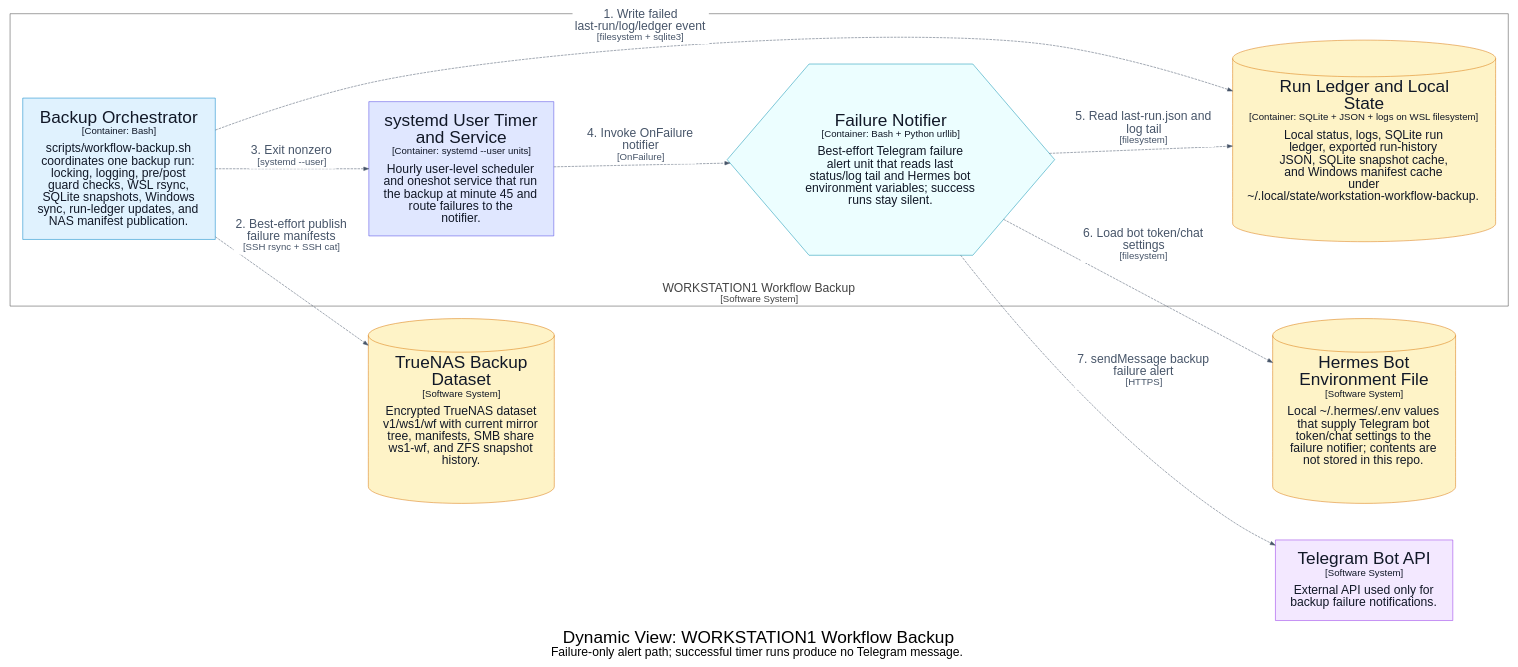
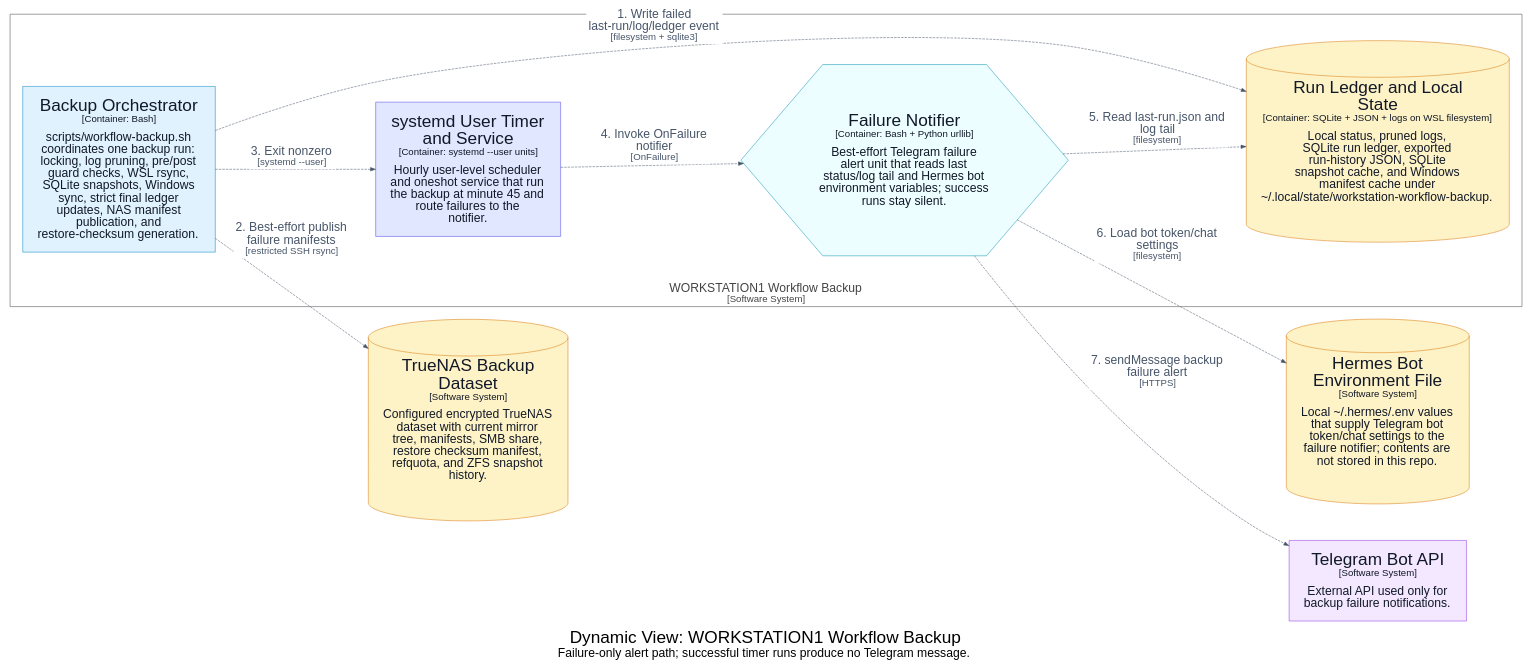
Before and after one commit to michaelnicks0/workstation-workflow-backup: the diagram in docs/architecture/diagrams/dot/structurizr-FailureAlertFlow.dot, drawn with Graphviz. The commit also changed 96 other files, not shown here.

Commit message:
backup: harden NAS runtime access

```diff
--- a/docs/architecture/diagrams/dot/structurizr-FailureAlertFlow.dot
+++ b/docs/architecture/diagrams/dot/structurizr-FailureAlertFlow.dot
@@ -1,34 +1,34 @@
 digraph {
   compound=true
   graph [fontname="Arial", rankdir=LR, ranksep=1.0, nodesep=1.0]
   node [fontname="Arial", shape=box, margin="0.4,0.3"]
   edge [fontname="Arial"]
   label=<<br /><font point-size="34">Dynamic View: WORKSTATION1 Workflow Backup</font><br /><font point-size="24">Failure-only alert path; successful timer runs produce no Telegram message.</font>>
 
   subgraph cluster_2 {
     margin=25
     label=<<font point-size="24"><br />WORKSTATION1 Workflow Backup</font><br /><font point-size="19">[Software System]</font>>
     labelloc=b
     color="#444444"
     fontcolor="#444444"
     fillcolor="#444444"
 
-    20 [id=20,shape=hexagon, label=<<font point-size="34">Failure Notifier</font><br /><font point-size="19">[Container: Bash + Python urllib]</font><br /><br /><font point-size="24">Best-effort Telegram failure<br />alert unit that reads last<br />status/log tail and Hermes bot<br />environment variables; success<br />runs stay silent.</font>>, style=filled, color="#0891b2", fillcolor="#ecfeff", fontcolor="#111827"]
-    21 [id=21,shape=cylinder, label=<<font point-size="34">Run Ledger and Local<br />State</font><br /><font point-size="19">[Container: SQLite + JSON + logs on WSL filesystem]</font><br /><br /><font point-size="24">Local status, logs, SQLite run<br />ledger, exported run-history<br />JSON, SQLite snapshot cache,<br />and Windows manifest cache<br />under<br />~/.local/state/workstation-workflow-backup.</font>>, style=filled, color="#d97706", fillcolor="#fef3c7", fontcolor="#111827"]
+    24 [id=24,shape=hexagon, label=<<font point-size="34">Failure Notifier</font><br /><font point-size="19">[Container: Bash + Python urllib]</font><br /><br /><font point-size="24">Best-effort Telegram failure<br />alert unit that reads last<br />status/log tail and Hermes bot<br />environment variables; success<br />runs stay silent.</font>>, style=filled, color="#0891b2", fillcolor="#ecfeff", fontcolor="#111827"]
+    25 [id=25,shape=cylinder, label=<<font point-size="34">Run Ledger and Local<br />State</font><br /><font point-size="19">[Container: SQLite + JSON + logs on WSL filesystem]</font><br /><br /><font point-size="24">Local status, pruned logs,<br />SQLite run ledger, exported<br />run-history JSON, SQLite<br />snapshot cache, and Windows<br />manifest cache under<br />~/.local/state/workstation-workflow-backup.</font>>, style=filled, color="#d97706", fillcolor="#fef3c7", fontcolor="#111827"]
     3 [id=3,shape=rect, label=<<font point-size="34">systemd User Timer<br />and Service</font><br /><font point-size="19">[Container: systemd --user units]</font><br /><br /><font point-size="24">Hourly user-level scheduler<br />and oneshot service that run<br />the backup at minute 45 and<br />route failures to the<br />notifier.</font>>, style=filled, color="#4f46e5", fillcolor="#e0e7ff", fontcolor="#111827"]
-    4 [id=4,shape=rect, label=<<font point-size="34">Backup Orchestrator</font><br /><font point-size="19">[Container: Bash]</font><br /><br /><font point-size="24">scripts/workflow-backup.sh<br />coordinates one backup run:<br />locking, logging, pre/post<br />guard checks, WSL rsync,<br />SQLite snapshots, Windows<br />sync, run-ledger updates, and<br />NAS manifest publication.</font>>, style=filled, color="#0284c7", fillcolor="#e0f2fe", fontcolor="#111827"]
+    4 [id=4,shape=rect, label=<<font point-size="34">Backup Orchestrator</font><br /><font point-size="19">[Container: Bash]</font><br /><br /><font point-size="24">scripts/workflow-backup.sh<br />coordinates one backup run:<br />locking, log pruning, pre/post<br />guard checks, WSL rsync,<br />SQLite snapshots, Windows<br />sync, strict final ledger<br />updates, NAS manifest<br />publication, and<br />restore-checksum generation.</font>>, style=filled, color="#0284c7", fillcolor="#e0f2fe", fontcolor="#111827"]
   }
 
-  24 [id=24,shape=cylinder, label=<<font point-size="34">TrueNAS Backup<br />Dataset</font><br /><font point-size="19">[Software System]</font><br /><br /><font point-size="24">Encrypted TrueNAS dataset<br />v1/ws1/wf with current mirror<br />tree, manifests, SMB share<br />ws1-wf, and ZFS snapshot<br />history.</font>>, style=filled, color="#d97706", fillcolor="#fef3c7", fontcolor="#111827"]
-  26 [id=26,shape=cylinder, label=<<font point-size="34">Hermes Bot<br />Environment File</font><br /><font point-size="19">[Software System]</font><br /><br /><font point-size="24">Local ~/.hermes/.env values<br />that supply Telegram bot<br />token/chat settings to the<br />failure notifier; contents are<br />not stored in this repo.</font>>, style=filled, color="#d97706", fillcolor="#fef3c7", fontcolor="#111827"]
-  27 [id=27,shape=rect, label=<<font point-size="34">Telegram Bot API</font><br /><font point-size="19">[Software System]</font><br /><br /><font point-size="24">External API used only for<br />backup failure notifications.</font>>, style=filled, color="#9333ea", fillcolor="#f3e8ff", fontcolor="#111827"]
+  28 [id=28,shape=cylinder, label=<<font point-size="34">TrueNAS Backup<br />Dataset</font><br /><font point-size="19">[Software System]</font><br /><br /><font point-size="24">Configured encrypted TrueNAS<br />dataset with current mirror<br />tree, manifests, SMB share,<br />restore checksum manifest,<br />refquota, and ZFS snapshot<br />history.</font>>, style=filled, color="#d97706", fillcolor="#fef3c7", fontcolor="#111827"]
+  30 [id=30,shape=cylinder, label=<<font point-size="34">Hermes Bot<br />Environment File</font><br /><font point-size="19">[Software System]</font><br /><br /><font point-size="24">Local ~/.hermes/.env values<br />that supply Telegram bot<br />token/chat settings to the<br />failure notifier; contents are<br />not stored in this repo.</font>>, style=filled, color="#d97706", fillcolor="#fef3c7", fontcolor="#111827"]
+  31 [id=31,shape=rect, label=<<font point-size="34">Telegram Bot API</font><br /><font point-size="19">[Software System]</font><br /><br /><font point-size="24">External API used only for<br />backup failure notifications.</font>>, style=filled, color="#9333ea", fillcolor="#f3e8ff", fontcolor="#111827"]
 
-  4 -> 21 [id=37, label=<<TABLE BORDER="0" CELLBORDER="0" CELLSPACING="0" CELLPADDING="4" BGCOLOR="white"><TR><TD><font point-size="24">1. Write failed<br />last-run/log/ledger event</font><br /><font point-size="19">[filesystem + sqlite3]</font></TD></TR></TABLE>>, style="dashed", color="#475569", fontcolor="#475569"]
-  4 -> 24 [id=46, label=<<TABLE BORDER="0" CELLBORDER="0" CELLSPACING="0" CELLPADDING="4" BGCOLOR="white"><TR><TD><font point-size="24">2. Best-effort publish<br />failure manifests</font><br /><font point-size="19">[SSH rsync + SSH cat]</font></TD></TR></TABLE>>, style="dashed", color="#475569", fontcolor="#475569"]
-  4 -> 3 [id=35, label=<<TABLE BORDER="0" CELLBORDER="0" CELLSPACING="0" CELLPADDING="4" BGCOLOR="white"><TR><TD><font point-size="24">3. Exit nonzero</font><br /><font point-size="19">[systemd --user]</font></TD></TR></TABLE>>, style="dashed", color="#475569", fontcolor="#475569"]
-  3 -> 20 [id=36, label=<<TABLE BORDER="0" CELLBORDER="0" CELLSPACING="0" CELLPADDING="4" BGCOLOR="white"><TR><TD><font point-size="24">4. Invoke OnFailure<br />notifier</font><br /><font point-size="19">[OnFailure]</font></TD></TR></TABLE>>, style="dashed", color="#475569", fontcolor="#475569"]
-  20 -> 21 [id=55, label=<<TABLE BORDER="0" CELLBORDER="0" CELLSPACING="0" CELLPADDING="4" BGCOLOR="white"><TR><TD><font point-size="24">5. Read last-run.json and<br />log tail</font><br /><font point-size="19">[filesystem]</font></TD></TR></TABLE>>, style="dashed", color="#475569", fontcolor="#475569"]
-  20 -> 26 [id=56, label=<<TABLE BORDER="0" CELLBORDER="0" CELLSPACING="0" CELLPADDING="4" BGCOLOR="white"><TR><TD><font point-size="24">6. Load bot token/chat<br />settings</font><br /><font point-size="19">[filesystem]</font></TD></TR></TABLE>>, style="dashed", color="#475569", fontcolor="#475569"]
-  20 -> 27 [id=58, label=<<TABLE BORDER="0" CELLBORDER="0" CELLSPACING="0" CELLPADDING="4" BGCOLOR="white"><TR><TD><font point-size="24">7. sendMessage backup<br />failure alert</font><br /><font point-size="19">[HTTPS]</font></TD></TR></TABLE>>, style="dashed", color="#475569", fontcolor="#475569"]
+  4 -> 25 [id=41, label=<<TABLE BORDER="0" CELLBORDER="0" CELLSPACING="0" CELLPADDING="4" BGCOLOR="white"><TR><TD><font point-size="24">1. Write failed<br />last-run/log/ledger event</font><br /><font point-size="19">[filesystem + sqlite3]</font></TD></TR></TABLE>>, style="dashed", color="#475569", fontcolor="#475569"]
+  4 -> 28 [id=55, label=<<TABLE BORDER="0" CELLBORDER="0" CELLSPACING="0" CELLPADDING="4" BGCOLOR="white"><TR><TD><font point-size="24">2. Best-effort publish<br />failure manifests</font><br /><font point-size="19">[restricted SSH rsync]</font></TD></TR></TABLE>>, style="dashed", color="#475569", fontcolor="#475569"]
+  4 -> 3 [id=39, label=<<TABLE BORDER="0" CELLBORDER="0" CELLSPACING="0" CELLPADDING="4" BGCOLOR="white"><TR><TD><font point-size="24">3. Exit nonzero</font><br /><font point-size="19">[systemd --user]</font></TD></TR></TABLE>>, style="dashed", color="#475569", fontcolor="#475569"]
+  3 -> 24 [id=40, label=<<TABLE BORDER="0" CELLBORDER="0" CELLSPACING="0" CELLPADDING="4" BGCOLOR="white"><TR><TD><font point-size="24">4. Invoke OnFailure<br />notifier</font><br /><font point-size="19">[OnFailure]</font></TD></TR></TABLE>>, style="dashed", color="#475569", fontcolor="#475569"]
+  24 -> 25 [id=64, label=<<TABLE BORDER="0" CELLBORDER="0" CELLSPACING="0" CELLPADDING="4" BGCOLOR="white"><TR><TD><font point-size="24">5. Read last-run.json and<br />log tail</font><br /><font point-size="19">[filesystem]</font></TD></TR></TABLE>>, style="dashed", color="#475569", fontcolor="#475569"]
+  24 -> 30 [id=65, label=<<TABLE BORDER="0" CELLBORDER="0" CELLSPACING="0" CELLPADDING="4" BGCOLOR="white"><TR><TD><font point-size="24">6. Load bot token/chat<br />settings</font><br /><font point-size="19">[filesystem]</font></TD></TR></TABLE>>, style="dashed", color="#475569", fontcolor="#475569"]
+  24 -> 31 [id=67, label=<<TABLE BORDER="0" CELLBORDER="0" CELLSPACING="0" CELLPADDING="4" BGCOLOR="white"><TR><TD><font point-size="24">7. sendMessage backup<br />failure alert</font><br /><font point-size="19">[HTTPS]</font></TD></TR></TABLE>>, style="dashed", color="#475569", fontcolor="#475569"]
 
 }
```
